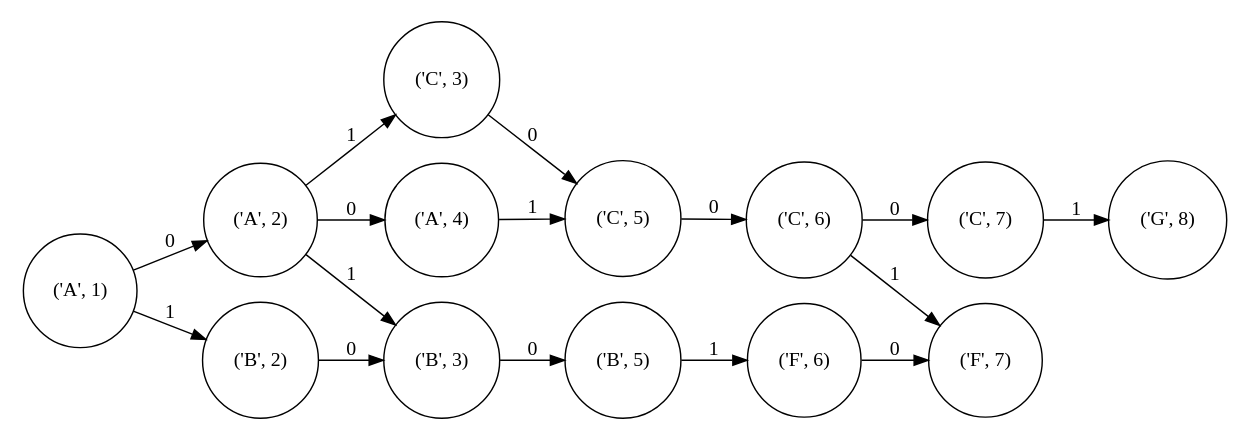
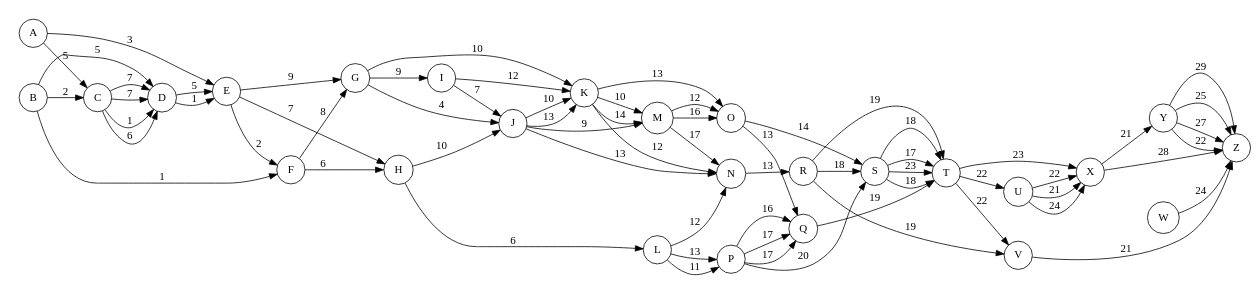
One commit to MRVNY/MOGPL changed the diagram in fsm.gv. Above: the diagram before and after it, drawn with Graphviz. The commit also changed 4 other files, not shown here.

First line of the commit message:
ajout d'un générateur de graphe aléatoire

```diff
--- a/fsm.gv
+++ b/fsm.gv
@@ -1,19 +1,70 @@
 digraph "G'" {
 	rankdir=LR size="8,5"
 	node [shape=circle]
-	"('A', 1)" -> "('A', 2)" [label=0]
-	"('A', 2)" -> "('A', 4)" [label=0]
-	"('B', 2)" -> "('B', 3)" [label=0]
-	"('B', 3)" -> "('B', 5)" [label=0]
-	"('C', 3)" -> "('C', 5)" [label=0]
-	"('C', 5)" -> "('C', 6)" [label=0]
-	"('C', 6)" -> "('C', 7)" [label=0]
-	"('F', 6)" -> "('F', 7)" [label=0]
-	"('A', 1)" -> "('B', 2)" [label=1]
-	"('A', 2)" -> "('B', 3)" [label=1]
-	"('A', 2)" -> "('C', 3)" [label=1]
-	"('A', 4)" -> "('C', 5)" [label=1]
-	"('B', 5)" -> "('F', 6)" [label=1]
-	"('C', 6)" -> "('F', 7)" [label=1]
-	"('C', 7)" -> "('G', 8)" [label=1]
+	A -> E [label=3]
+	A -> C [label=5]
+	B -> C [label=2]
+	B -> F [label=1]
+	B -> D [label=5]
+	C -> D [label=1]
+	C -> D [label=6]
+	C -> D [label=7]
+	C -> D [label=7]
+	D -> E [label=1]
+	D -> E [label=5]
+	E -> G [label=9]
+	E -> F [label=2]
+	E -> H [label=7]
+	F -> H [label=6]
+	F -> G [label=8]
+	G -> J [label=4]
+	G -> K [label=10]
+	G -> I [label=9]
+	H -> J [label=10]
+	H -> L [label=6]
+	I -> J [label=7]
+	I -> K [label=12]
+	J -> K [label=13]
+	J -> K [label=10]
+	J -> M [label=9]
+	J -> N [label=13]
+	K -> M [label=14]
+	K -> N [label=12]
+	K -> O [label=13]
+	K -> M [label=10]
+	L -> N [label=12]
+	L -> P [label=13]
+	L -> P [label=11]
+	M -> N [label=17]
+	M -> O [label=16]
+	M -> O [label=12]
+	N -> R [label=13]
+	O -> S [label=14]
+	O -> Q [label=13]
+	P -> Q [label=16]
+	P -> S [label=20]
+	P -> Q [label=17]
+	P -> Q [label=17]
+	Q -> T [label=19]
+	R -> S [label=18]
+	R -> T [label=19]
+	R -> V [label=19]
+	S -> T [label=23]
+	S -> T [label=18]
+	S -> T [label=18]
+	S -> T [label=17]
+	T -> V [label=22]
+	T -> U [label=22]
+	T -> X [label=23]
+	U -> X [label=21]
+	U -> X [label=24]
+	U -> X [label=22]
+	V -> Z [label=21]
+	W -> Z [label=24]
+	X -> Y [label=21]
+	X -> Z [label=28]
+	Y -> Z [label=22]
+	Y -> Z [label=29]
+	Y -> Z [label=25]
+	Y -> Z [label=27]
 }
```
